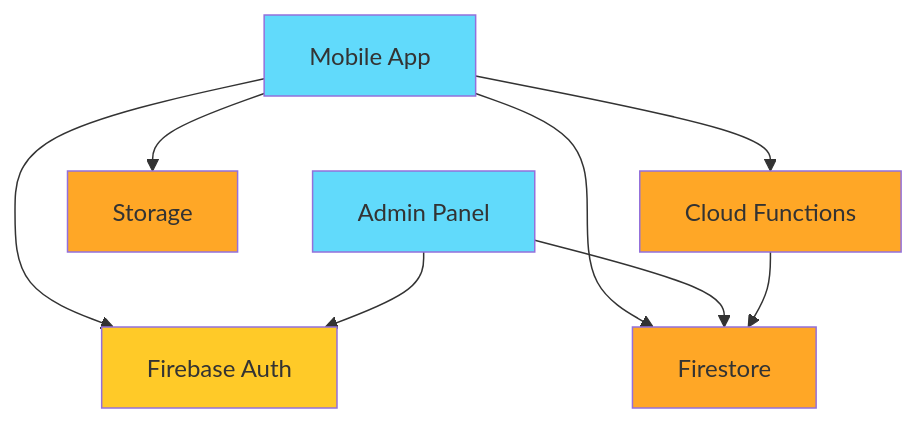
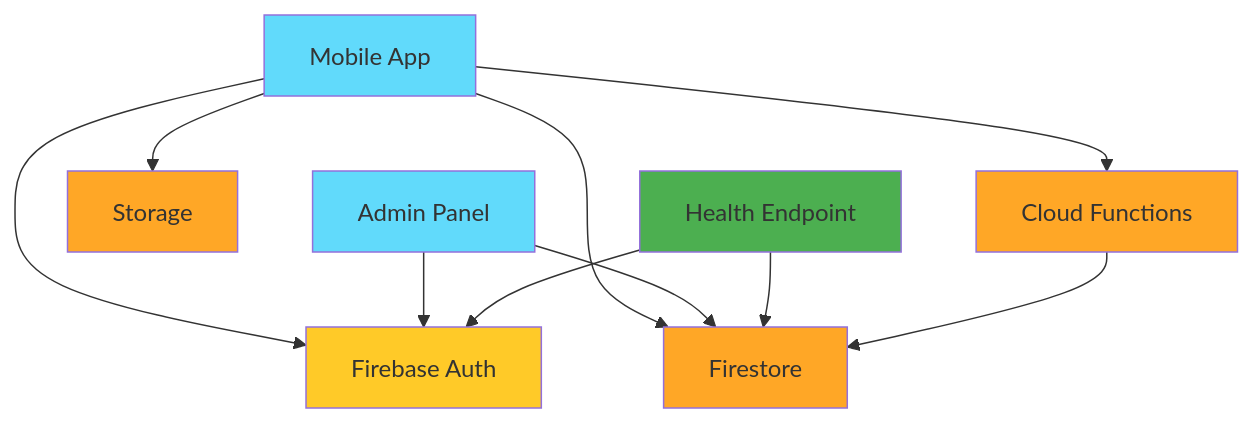
Before and after one commit to fc-wwt/InstagramClone: the diagram in docs/README.md, drawn with Mermaid. The commit also changed other lines of this file and 1 other file, not shown here.

First line of the commit message:
Add visual flow documentation for health endpoint

````diff
--- a/docs/README.md
+++ b/docs/README.md
@@ -44,17 +61,20 @@
 ```mermaid
 graph TB
     A[Mobile App] --> B[Firebase Auth]
     A --> C[Cloud Functions]
     A --> D[Firestore]
     A --> E[Storage]
     F[Admin Panel] --> B
     F --> D
+    G[Health Endpoint] --> D
+    G --> B
     C --> D
     
     style A fill:#61dafb
     style F fill:#61dafb
     style B fill:#ffca28
     style C fill:#ffa726
     style D fill:#ffa726
     style E fill:#ffa726
+    style G fill:#4caf50
 ```
````
